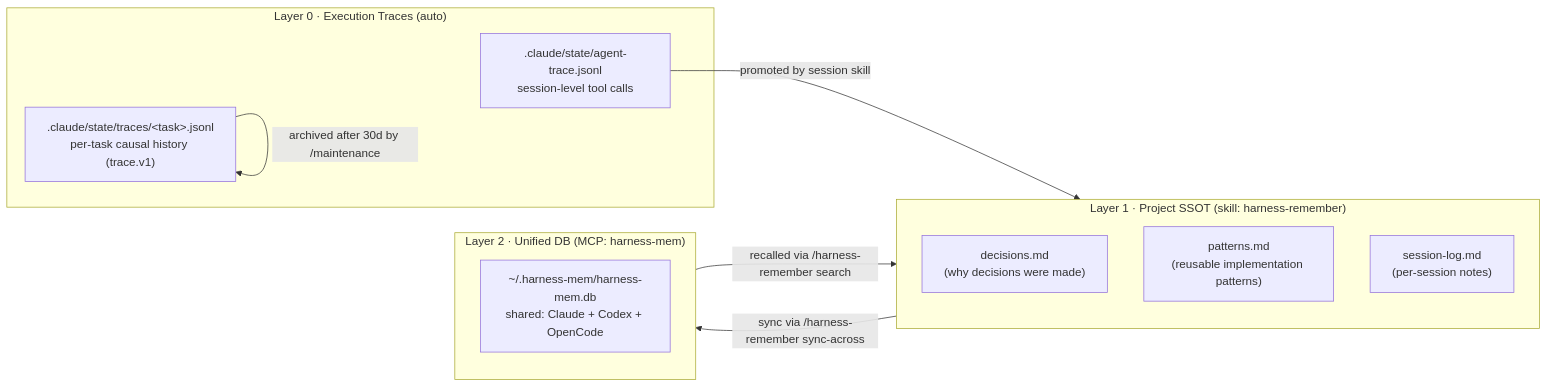
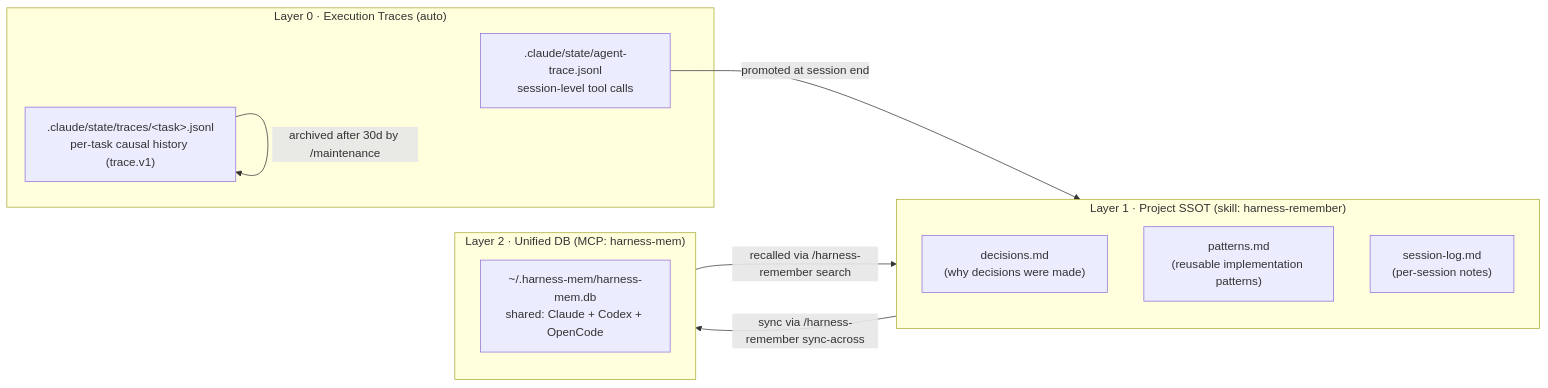
One commit to tim-hub/powerball-harness changed the fourth of 4 diagrams in harness/README.md. Above: the diagram before and after it, drawn with Mermaid. The commit also changed other lines of this file and 44 other files, not shown here.

````diff
--- a/harness/README.md
+++ b/harness/README.md
@@ -186,20 +186,20 @@
 ```mermaid
 flowchart LR
     subgraph L0["Layer 0 · Execution Traces (auto)"]
         AT[".claude/state/agent-trace.jsonl\nsession-level tool calls"]
         TT[".claude/state/traces/&lt;task&gt;.jsonl\nper-task causal history (trace.v1)"]
     end
     subgraph L1["Layer 1 · Project SSOT (skill: harness-remember)"]
         DEC2["decisions.md\n(why decisions were made)"]
         PAT["patterns.md\n(reusable implementation patterns)"]
         SL["session-log.md\n(per-session notes)"]
     end
     subgraph L2["Layer 2 · Unified DB (MCP: harness-mem)"]
         DB["~/.harness-mem/harness-mem.db\nshared: Claude + Codex + OpenCode"]
     end
 
-    AT -->|promoted by session skill| L1
+    AT -->|promoted at session end| L1
     TT -->|archived after 30d by /maintenance| TT
     L1 -->|sync via /harness-remember sync-across| L2
     L2 -->|recalled via /harness-remember search| L1
 ```
````
